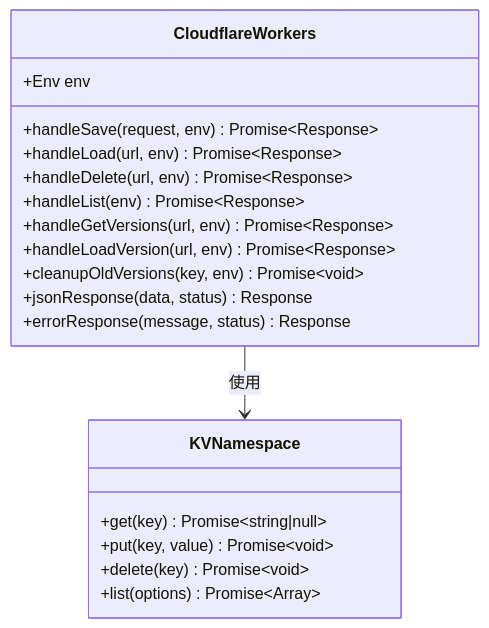
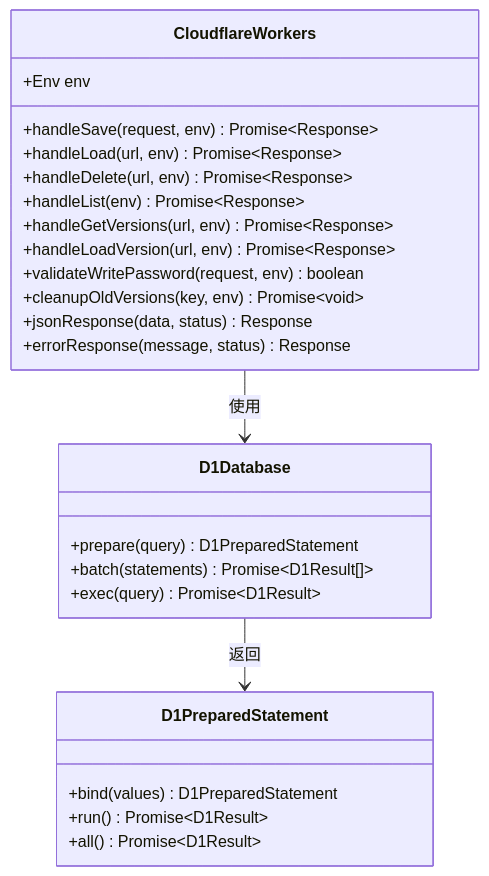
The third of 10 diagrams in .qoder/repowiki/zh/content/用户指南/数据管理/云同步集成.md (steveyu2/formula-mapper), drawn with Mermaid before and after one commit. The commit also changed other lines of this file and 5 other files, not shown here.

````diff
--- a/.qoder/repowiki/zh/content/用户指南/数据管理/云同步集成.md
+++ b/.qoder/repowiki/zh/content/用户指南/数据管理/云同步集成.md
@@ -193,22 +204,28 @@
 ```mermaid
 classDiagram
 class CloudflareWorkers {
 +Env env
 +handleSave(request, env) Promise~Response~
 +handleLoad(url, env) Promise~Response~
 +handleDelete(url, env) Promise~Response~
 +handleList(env) Promise~Response~
 +handleGetVersions(url, env) Promise~Response~
 +handleLoadVersion(url, env) Promise~Response~
++validateWritePassword(request, env) boolean
 +cleanupOldVersions(key, env) Promise~void~
 +jsonResponse(data, status) Response
 +errorResponse(message, status) Response
 }
-class KVNamespace {
-+get(key) Promise~string|null~
-+put(key, value) Promise~void~
-+delete(key) Promise~void~
-+list(options) Promise~Array~
+class D1Database {
++prepare(query) D1PreparedStatement
++batch(statements) Promise~D1Result[]~
++exec(query) Promise~D1Result~
 }
-CloudflareWorkers --> KVNamespace : 使用
+class D1PreparedStatement {
++bind(values) D1PreparedStatement
++run() Promise~D1Result~
++all() Promise~D1Result~
+}
+CloudflareWorkers --> D1Database : 使用
+D1Database --> D1PreparedStatement : 返回
 ```
````
